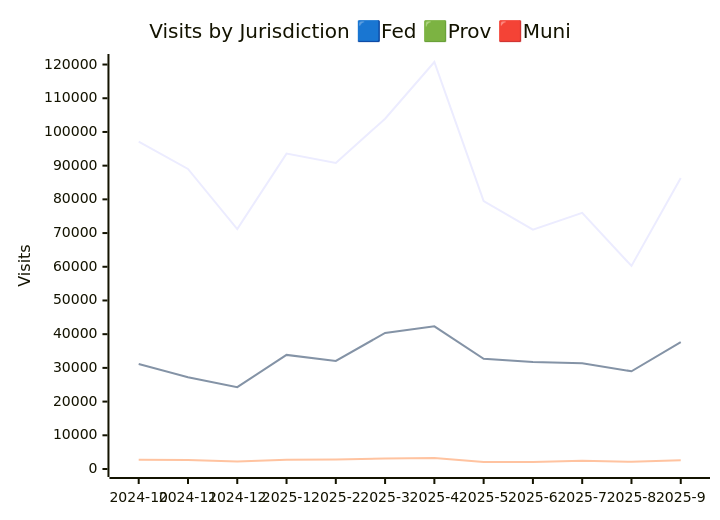
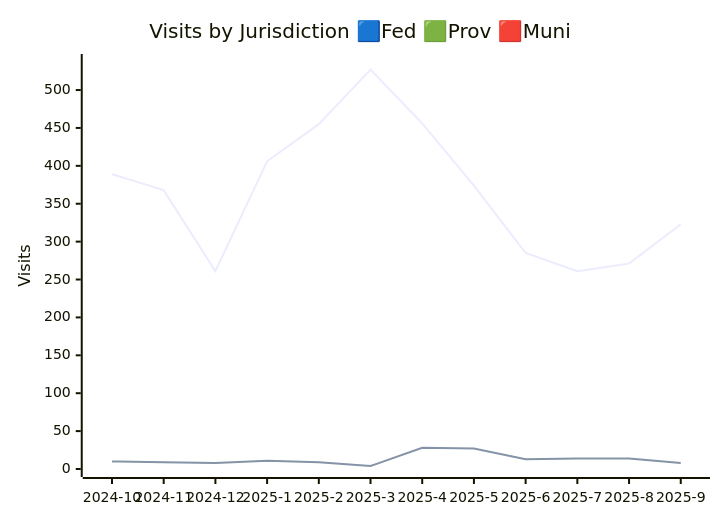
Before and after one commit to PatLittle/analytics-corporate-reporting: the second of 3 diagrams in JURISDICTION_ANALYTICS_REPORT/readme.md, drawn with Mermaid. The commit also changed other lines of this file and 3 other files, not shown here.

````diff
--- a/JURISDICTION_ANALYTICS_REPORT/readme.md
+++ b/JURISDICTION_ANALYTICS_REPORT/readme.md
@@ -27,10 +26,9 @@
 ```mermaid
 
 xychart-beta
     title "Visits by Jurisdiction 🟦Fed 🟩Prov 🟥Muni"
     x-axis [2024-10, 2024-11, 2024-12, 2025-1, 2025-2, 2025-3, 2025-4, 2025-5, 2025-6, 2025-7, 2025-8, 2025-9]
-    y-axis "Visits" 0 --> 120752
-    line [97133, 89025, 71175, 93579, 90797, 103909, 120742, 79513, 71029, 75982, 60254, 86367]
-    line [31176, 27223, 24295, 33856, 32080, 40358, 42326, 32698, 31781, 31361, 28994, 37620]
-    line [2774, 2651, 2214, 2720, 2849, 3138, 3236, 2092, 2100, 2424, 2126, 2629]
+    y-axis "Visits" 0 --> 537
+    line [389, 368, 261, 406, 455, 527, 456, 374, 285, 261, 271, 323]
+    line [10, 9, 8, 11, 9, 4, 28, 27, 13, 14, 14, 8]
 ```
````
